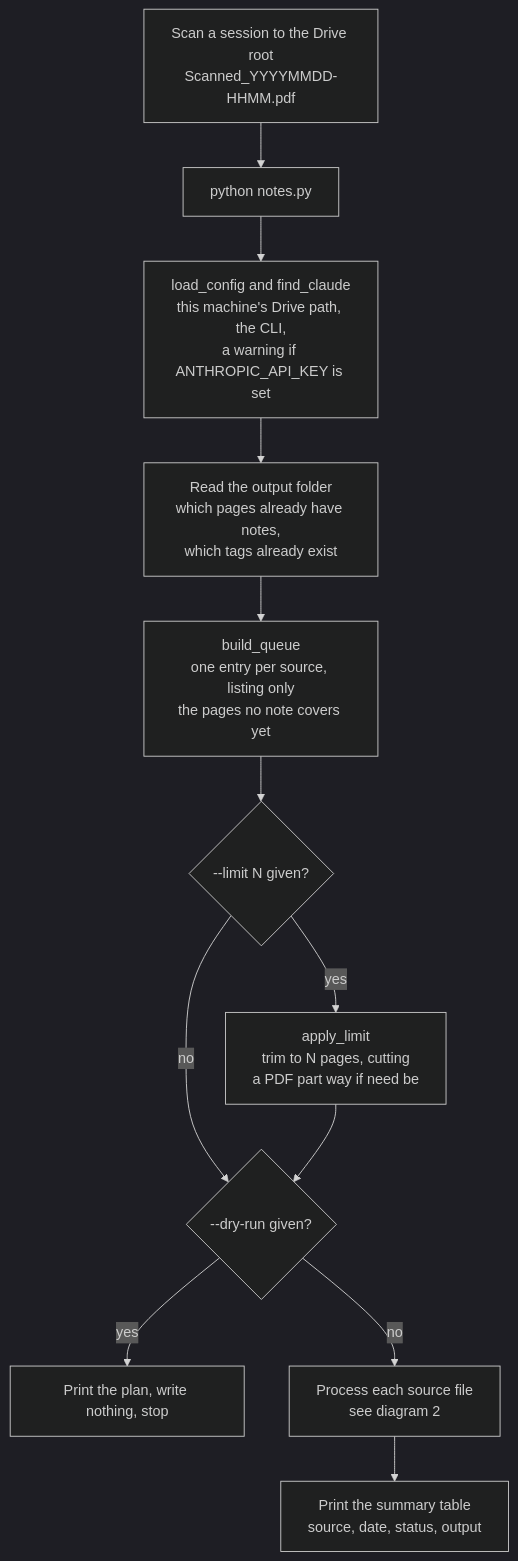
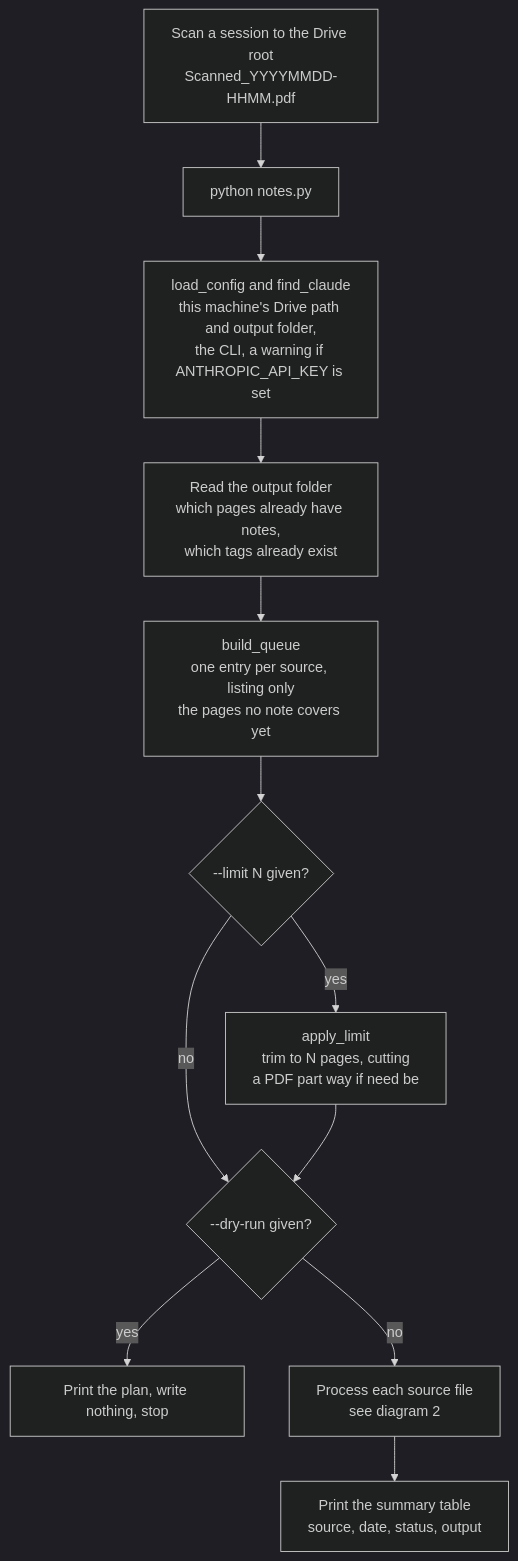
One commit to leif-niehe/scan-notes changed the first of 4 diagrams in WORKFLOW.md. Above: the diagram before and after it, drawn with Mermaid (dark theme). The commit also changed other lines of this file and 5 other files, not shown here.

First line of the commit message:
Move the output folder into config.json, ahead of going public

````diff
--- a/WORKFLOW.md
+++ b/WORKFLOW.md
@@ -14,14 +14,14 @@
 ```mermaid
 flowchart TD
     A["Scan a session to the Drive root<br/>Scanned_YYYYMMDD-HHMM.pdf"] --> B["python notes.py"]
-    B --> D["load_config and find_claude<br/>this machine's Drive path, the CLI,<br/>a warning if ANTHROPIC_API_KEY is set"]
+    B --> D["load_config and find_claude<br/>this machine's Drive path and output folder,<br/>the CLI, a warning if ANTHROPIC_API_KEY is set"]
     D --> E["Read the output folder<br/>which pages already have notes,<br/>which tags already exist"]
     E --> F["build_queue<br/>one entry per source, listing only<br/>the pages no note covers yet"]
     F --> G{"--limit N given?"}
     G -->|"yes"| H["apply_limit<br/>trim to N pages, cutting<br/>a PDF part way if need be"]
     G -->|"no"| I{"--dry-run given?"}
     H --> I
     I -->|"yes"| J["Print the plan, write nothing, stop"]
     I -->|"no"| K["Process each source file<br/>see diagram 2"]
     K --> L["Print the summary table<br/>source, date, status, output"]
 ```
````
